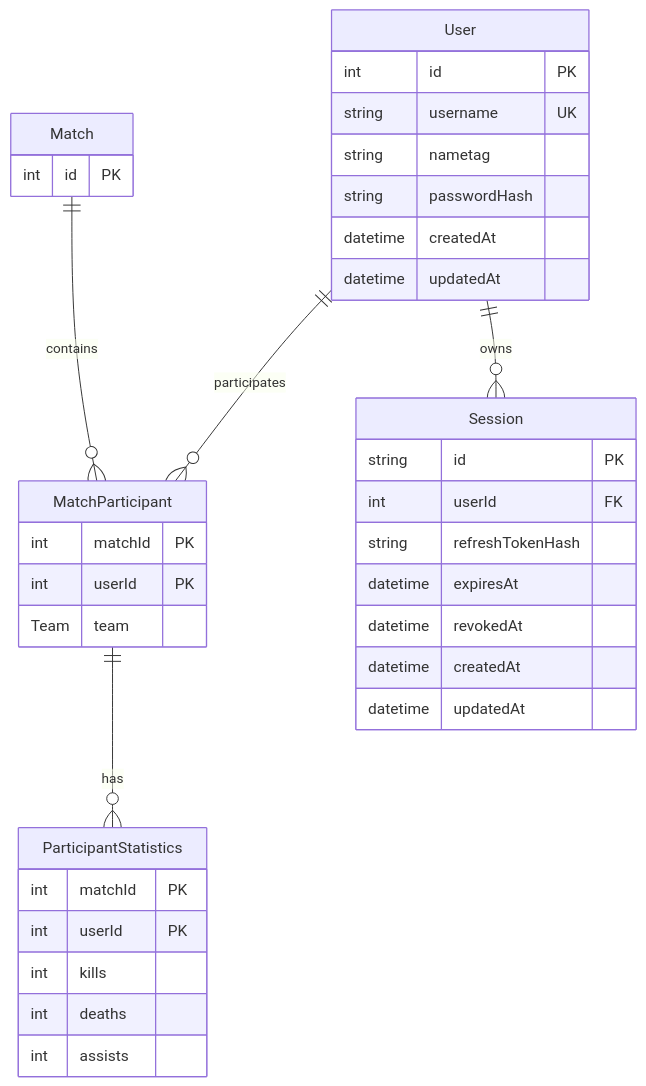
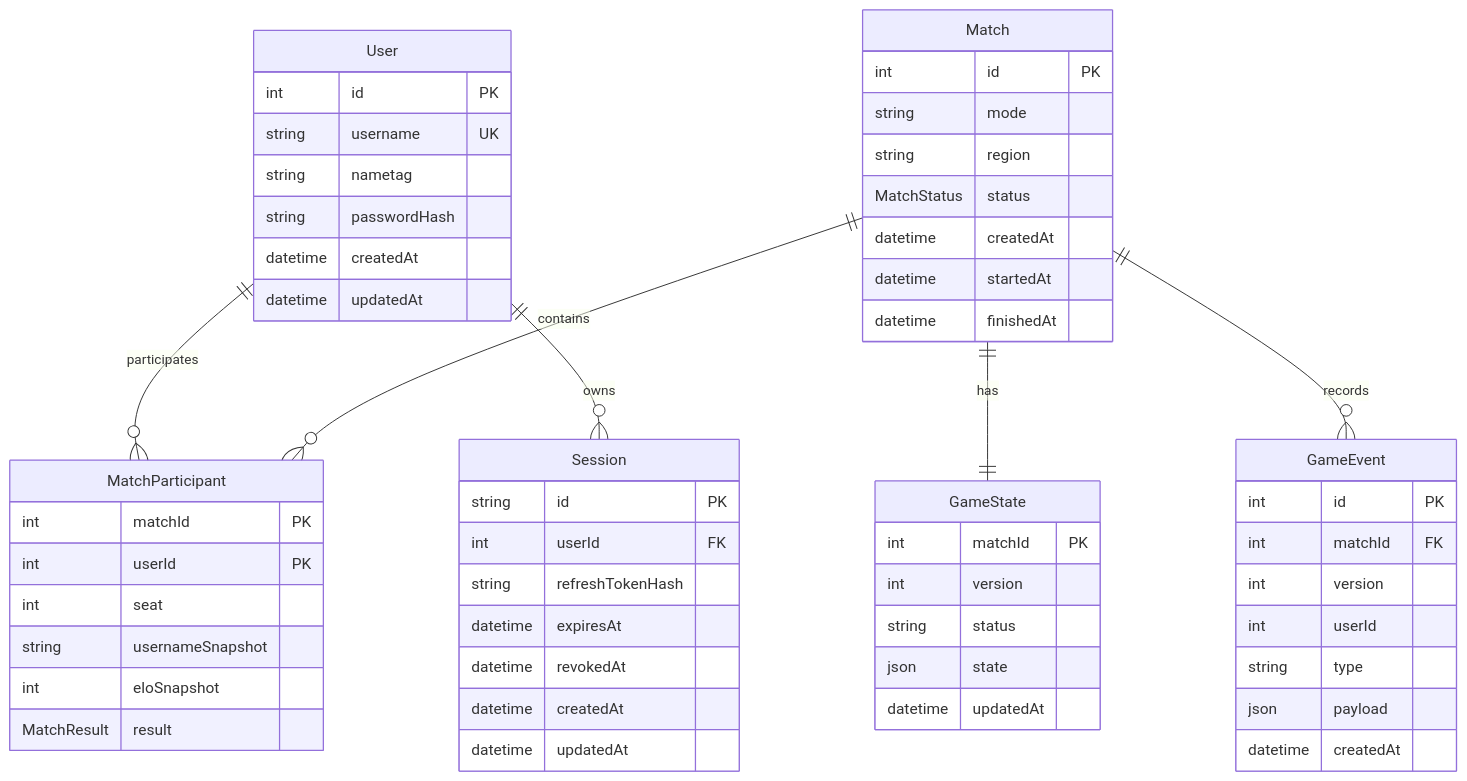
One commit to keezeden/qtime changed the diagram in docs/data-model.md. Above: the diagram before and after it, drawn with Mermaid. The commit also changed other lines of this file and 11 other files, not shown here.

````diff
--- a/docs/data-model.md
+++ b/docs/data-model.md
@@ -7,44 +7,64 @@
 ```mermaid
 erDiagram
   User ||--o{ MatchParticipant : participates
   User ||--o{ Session : owns
   Match ||--o{ MatchParticipant : contains
-  MatchParticipant ||--o{ ParticipantStatistics : has
+  Match ||--|| GameState : has
+  Match ||--o{ GameEvent : records
 
   User {
     int id PK
     string username UK
     string nametag
     string passwordHash
     datetime createdAt
     datetime updatedAt
   }
 
   Session {
     string id PK
     int userId FK
     string refreshTokenHash
     datetime expiresAt
     datetime revokedAt
     datetime createdAt
     datetime updatedAt
   }
 
   Match {
     int id PK
+    string mode
+    string region
+    MatchStatus status
+    datetime createdAt
+    datetime startedAt
+    datetime finishedAt
   }
 
   MatchParticipant {
     int matchId PK
     int userId PK
-    Team team
+    int seat
+    string usernameSnapshot
+    int eloSnapshot
+    MatchResult result
   }
 
-  ParticipantStatistics {
+  GameState {
     int matchId PK
-    int userId PK
-    int kills
-    int deaths
-    int assists
+    int version
+    string status
+    json state
+    datetime updatedAt
+  }
+
+  GameEvent {
+    int id PK
+    int matchId FK
+    int version
+    int userId
+    string type
+    json payload
+    datetime createdAt
   }
 ```
````
